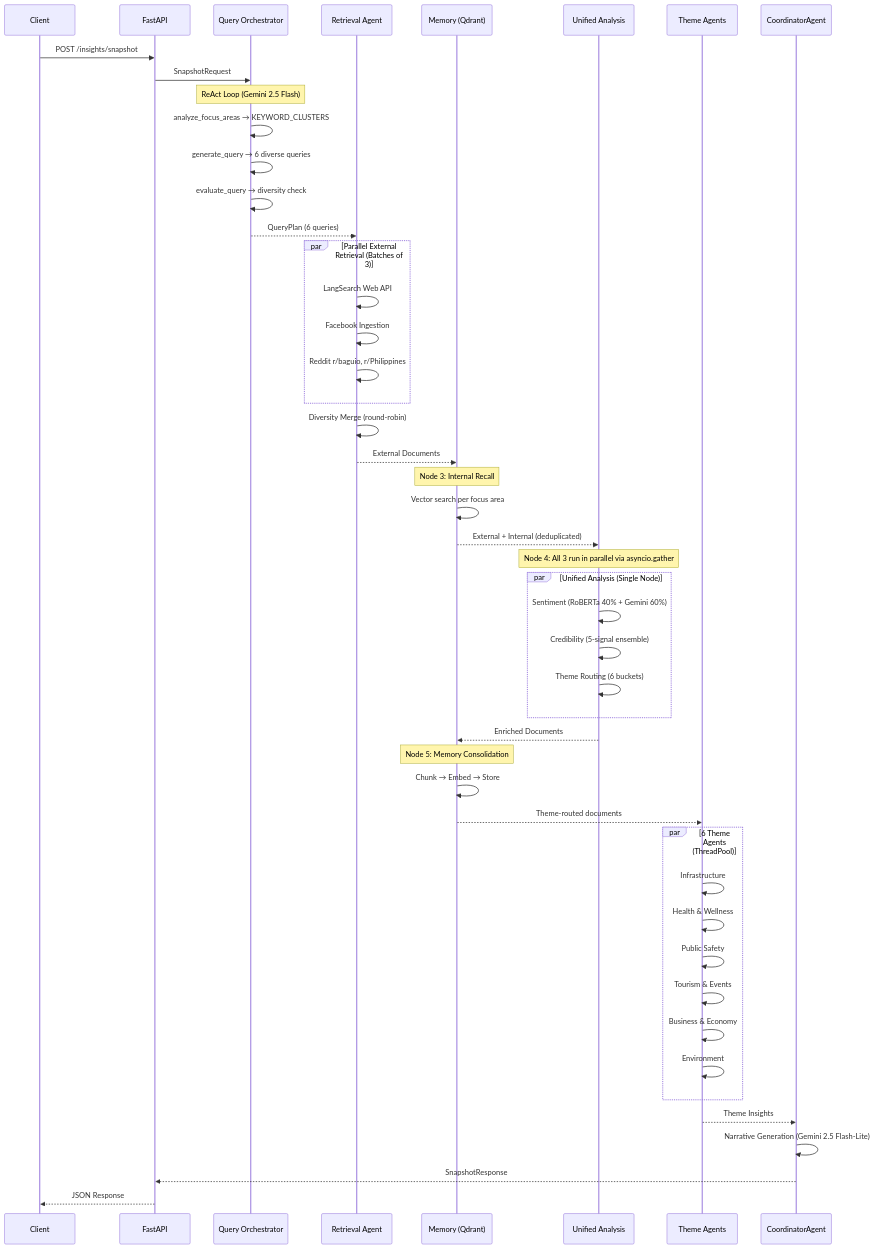
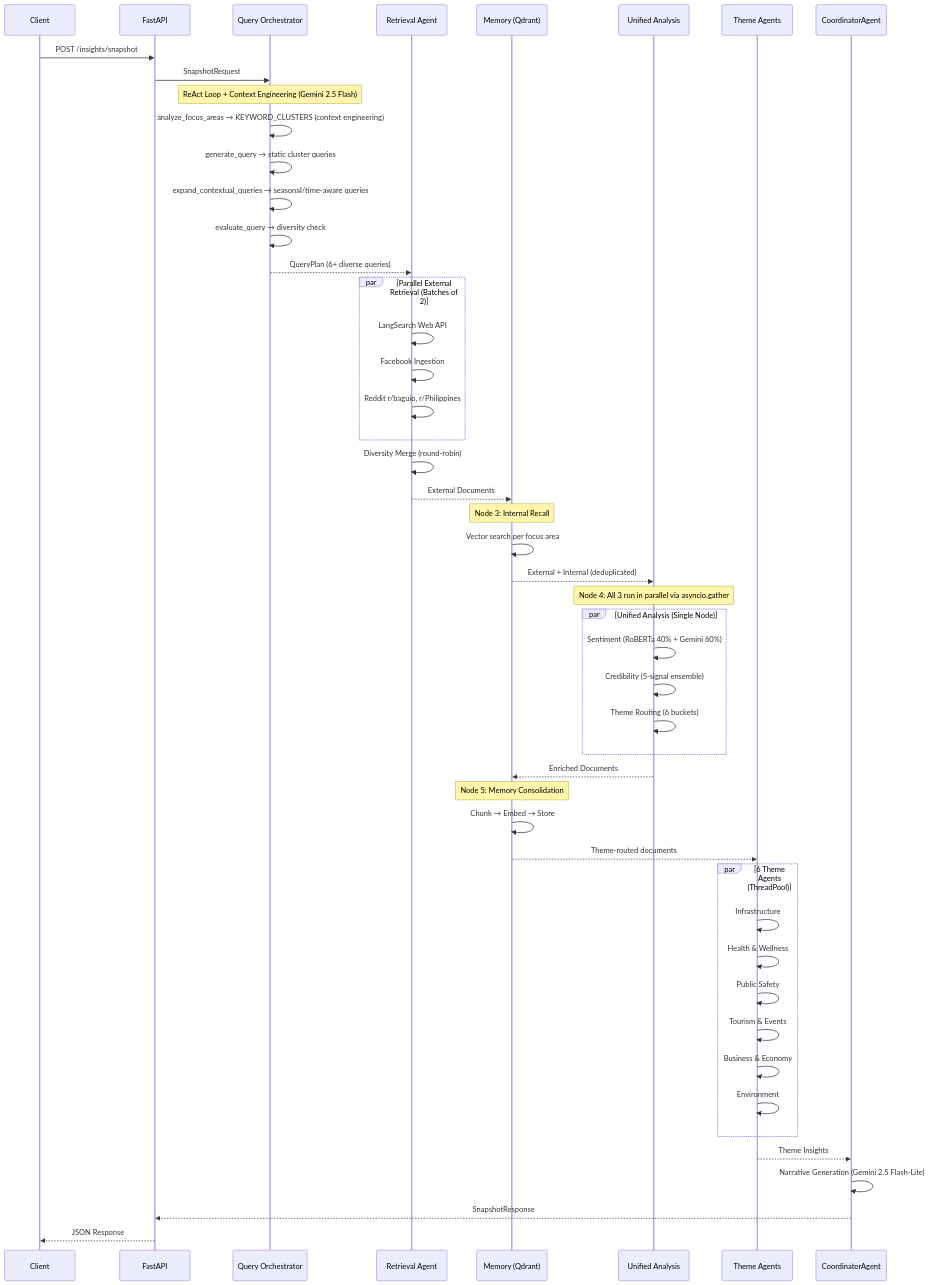
Before and after one commit to donyelqt/Hinaing: the second of 3 diagrams in docs/ARCHITECTURE.md, drawn with Mermaid. The commit also changed other lines of this file and 5 other files, not shown here.

````diff
--- a/docs/ARCHITECTURE.md
+++ b/docs/ARCHITECTURE.md
@@ -188,58 +195,59 @@
 ```mermaid
 sequenceDiagram
     participant Client
     participant API as FastAPI
     participant QO as Query Orchestrator
     participant RA as Retrieval Agent
     participant MEM as Memory (Qdrant)
     participant ANALYZE as Unified Analysis
     participant TA as Theme Agents
     participant GC as CoordinatorAgent
 
     Client->>API: POST /insights/snapshot
     API->>QO: SnapshotRequest
     
-    Note over QO: ReAct Loop (Gemini 2.5 Flash)
-    QO->>QO: analyze_focus_areas → KEYWORD_CLUSTERS
-    QO->>QO: generate_query → 6 diverse queries
+    Note over QO: ReAct Loop + Context Engineering (Gemini 2.5 Flash)
+    QO->>QO: analyze_focus_areas → KEYWORD_CLUSTERS (context engineering)
+    QO->>QO: generate_query → static cluster queries
+    QO->>QO: expand_contextual_queries → seasonal/time-aware queries
     QO->>QO: evaluate_query → diversity check
-    QO-->>RA: QueryPlan (6 queries)
+    QO-->>RA: QueryPlan (6+ diverse queries)
 
-    par Parallel External Retrieval (Batches of 3)
+    par Parallel External Retrieval (Batches of 2)
         RA->>RA: LangSearch Web API
         RA->>RA: Facebook Ingestion
         RA->>RA: Reddit r/baguio, r/Philippines
     end
     RA->>RA: Diversity Merge (round-robin)
     RA-->>MEM: External Documents
 
     Note over MEM: Node 3: Internal Recall
     MEM->>MEM: Vector search per focus area
     MEM-->>ANALYZE: External + Internal (deduplicated)
 
     Note over ANALYZE: Node 4: All 3 run in parallel via asyncio.gather
     par Unified Analysis (Single Node)
         ANALYZE->>ANALYZE: Sentiment (RoBERTa 40% + Gemini 60%)
         ANALYZE->>ANALYZE: Credibility (5-signal ensemble)
         ANALYZE->>ANALYZE: Theme Routing (6 buckets)
     end
     ANALYZE-->>MEM: Enriched Documents
 
     Note over MEM: Node 5: Memory Consolidation
     MEM->>MEM: Chunk → Embed → Store
     MEM-->>TA: Theme-routed documents
 
     par 6 Theme Agents (ThreadPool)
         TA->>TA: Infrastructure
         TA->>TA: Health & Wellness
         TA->>TA: Public Safety
         TA->>TA: Tourism & Events
         TA->>TA: Business & Economy
         TA->>TA: Environment
     end
     TA-->>GC: Theme Insights
 
     GC->>GC: Narrative Generation (Gemini 2.5 Flash-Lite)
     GC-->>API: SnapshotResponse
     API-->>Client: JSON Response
 ```
````
